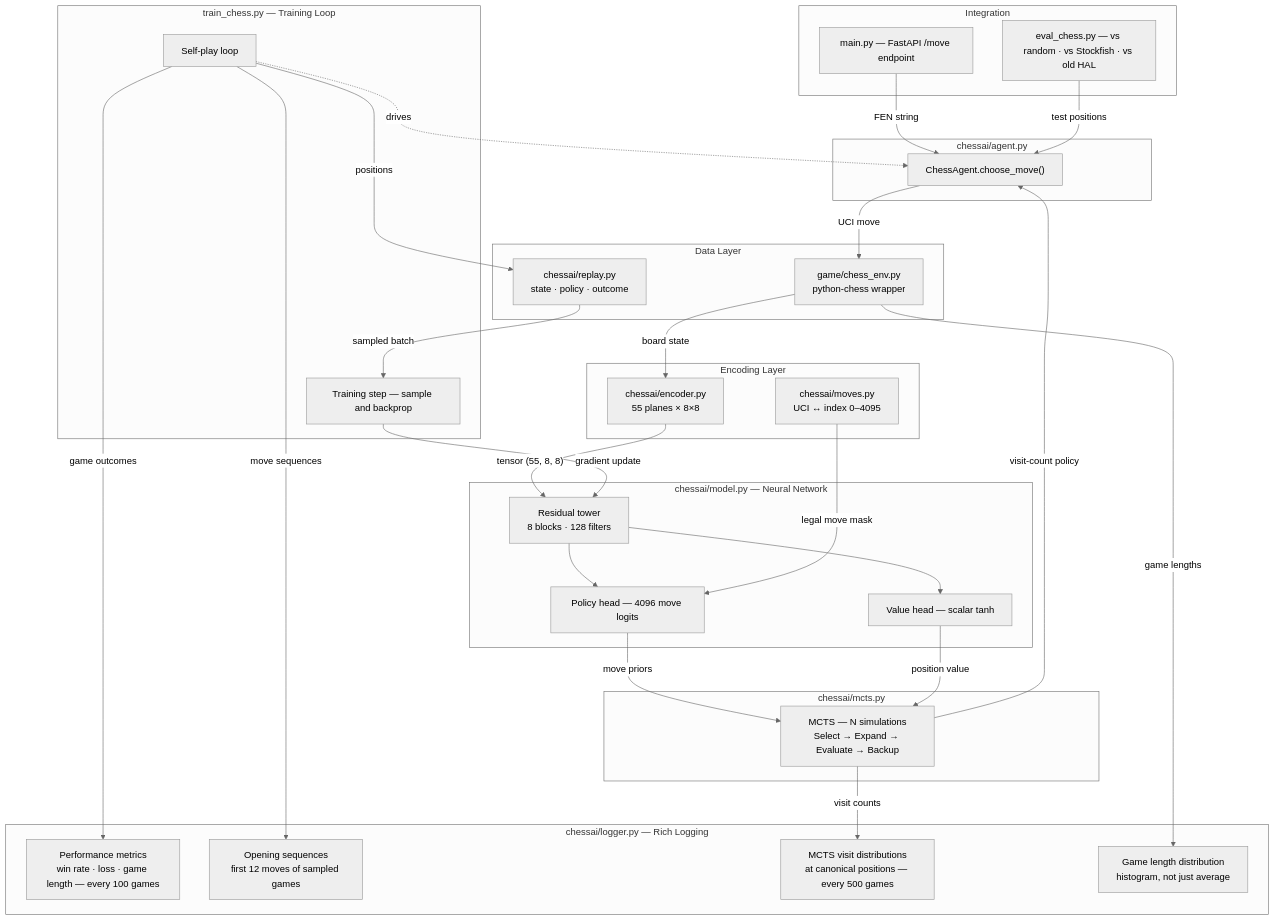
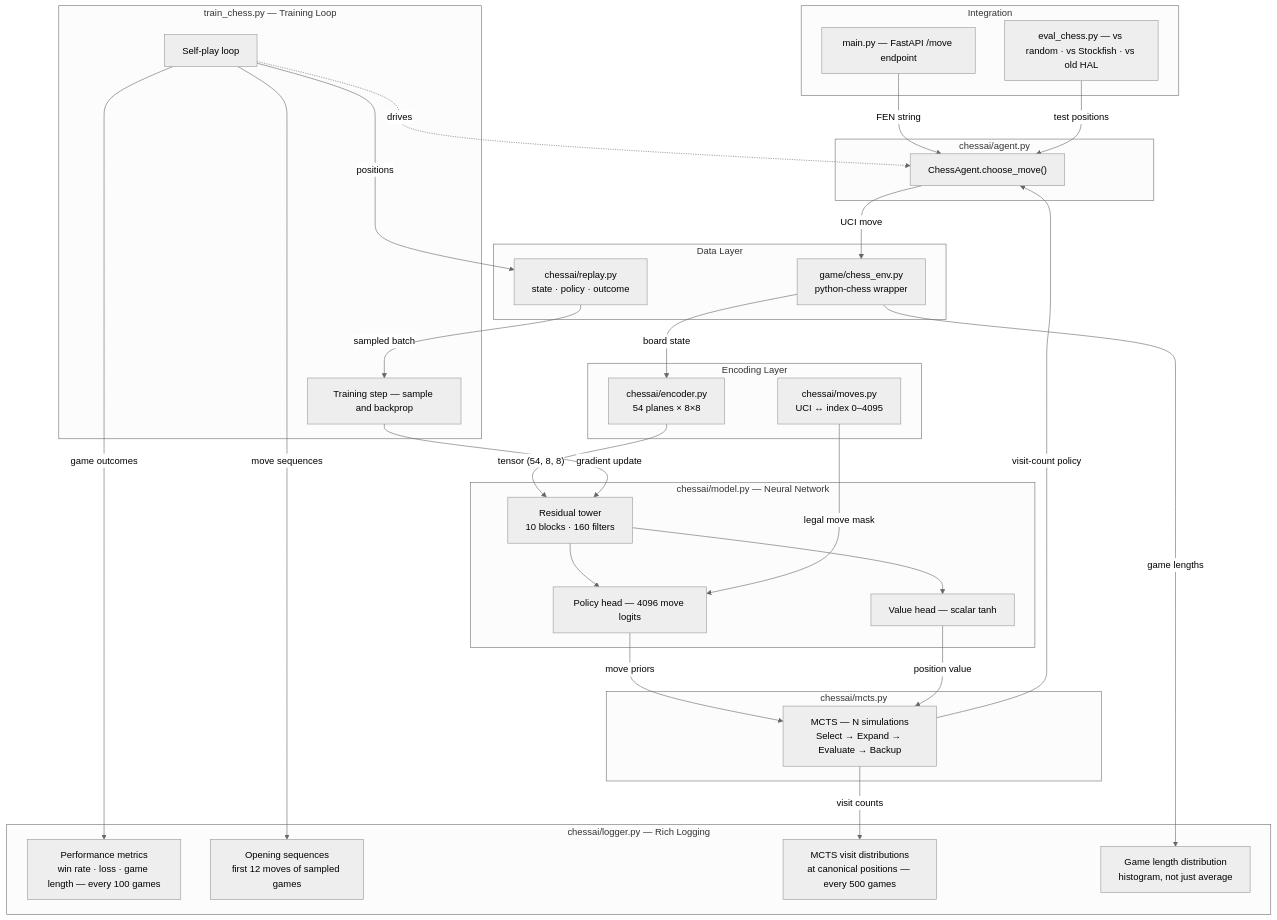
The diagram in paper/phase3_architecture.md (Rob-MeepMeep/chess-ai), drawn with Mermaid (neutral theme) before and after one commit. The commit also changed other lines of this file, not shown here.

First line of the commit message:
Update phase3_architecture.md — full Run 7 coverage

````diff
--- a/paper/phase3_architecture.md
+++ b/paper/phase3_architecture.md
@@ -22,63 +22,63 @@
 ```mermaid
 graph TB
     subgraph TL["train_chess.py — Training Loop"]
         SELF["Self-play loop"]
         TSTEP["Training step — sample and backprop"]
     end
 
     subgraph AG["chessai/agent.py"]
         AGENT["ChessAgent.choose_move()"]
     end
 
     subgraph MC["chessai/mcts.py"]
         SEARCH["MCTS — N simulations\nSelect → Expand → Evaluate → Backup"]
     end
 
     subgraph NNG["chessai/model.py — Neural Network"]
-        NET["Residual tower\n8 blocks · 128 filters"]
+        NET["Residual tower\n10 blocks · 160 filters"]
         POL["Policy head — 4096 move logits"]
         VAL["Value head — scalar tanh"]
         NET --> POL
         NET --> VAL
     end
 
     subgraph ENC["Encoding Layer"]
-        ENCODER["chessai/encoder.py\n55 planes × 8×8"]
+        ENCODER["chessai/encoder.py\n54 planes × 8×8"]
         MOVES["chessai/moves.py\nUCI ↔ index 0–4095"]
     end
 
     subgraph DAT["Data Layer"]
         ENV["game/chess_env.py\npython-chess wrapper"]
         REP["chessai/replay.py\nstate · policy · outcome"]
     end
 
     subgraph LOG["chessai/logger.py — Rich Logging"]
         LA["Performance metrics\nwin rate · loss · game length — every 100 games"]
         LB["Opening sequences\nfirst 12 moves of sampled games"]
         LC["MCTS visit distributions\nat canonical positions — every 500 games"]
         LD["Game length distribution\nhistogram, not just average"]
     end
 
     subgraph INT["Integration"]
         MAIN["main.py — FastAPI /move endpoint"]
         EVAL["eval_chess.py — vs random · vs Stockfish · vs old HAL"]
     end
 
     ENV -->|board state| ENCODER
-    ENCODER -->|"tensor (55, 8, 8)"| NET
+    ENCODER -->|"tensor (54, 8, 8)"| NET
     MOVES -->|legal move mask| POL
     POL -->|move priors| SEARCH
     VAL -->|position value| SEARCH
     SEARCH -->|visit-count policy| AGENT
     AGENT -->|UCI move| ENV
     SELF -.->|drives| AGENT
     SELF -->|positions| REP
     SELF -->|game outcomes| LA
     SELF -->|move sequences| LB
     SEARCH -->|visit counts| LC
     ENV -->|game lengths| LD
     REP -->|sampled batch| TSTEP
     TSTEP -->|gradient update| NET
     MAIN -->|FEN string| AGENT
     EVAL -->|test positions| AGENT
 ```
````
